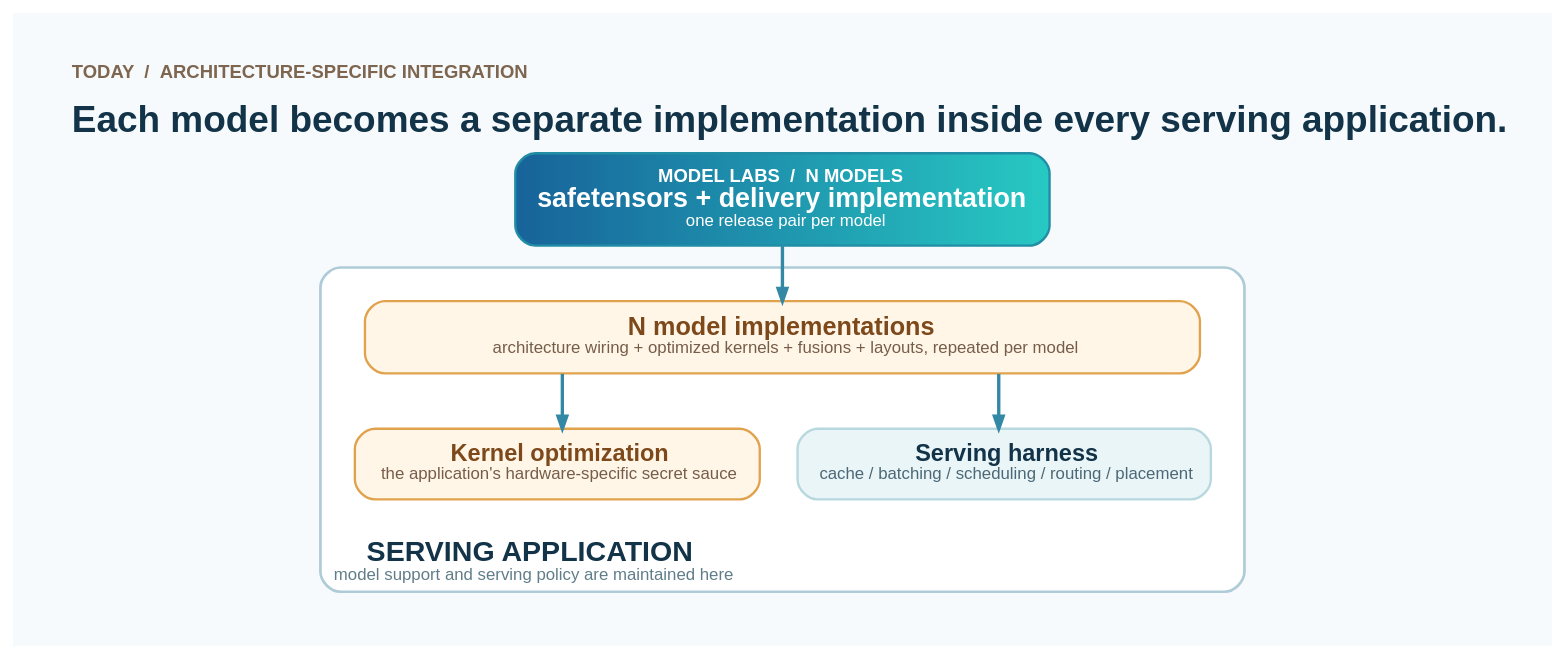
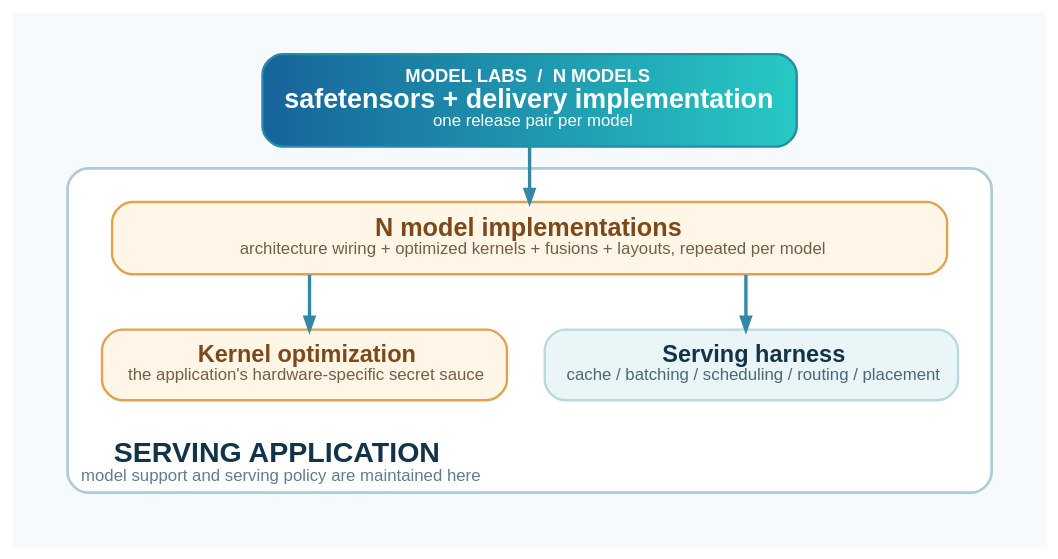
The diagram in docs/serving-today.dot (maneex/tensorspine), drawn with Graphviz before and after one commit. The commit also changed 4 other files, not shown here.

```diff
--- a/docs/serving-today.dot
+++ b/docs/serving-today.dot
@@ -1,86 +1,78 @@
 // Render with: dot -Tsvg docs/serving-today.dot -o docs/serving-today.svg
 digraph serving_today {
   graph [
     rankdir=TB,
     bgcolor="#F6FAFC",
     pad="0.34",
     nodesep="0.30",
     ranksep="0.46",
     splines=ortho,
     compound=true,
-    fontname="Arial",
-    fontcolor="#123348",
-    labeljust=l,
-    labelloc=t,
-    label=<<TABLE BORDER="0" CELLBORDER="0" CELLPADDING="0">
-      <TR><TD ALIGN="LEFT"><FONT COLOR="#7D654F" POINT-SIZE="11"><B>TODAY  /  ARCHITECTURE-SPECIFIC INTEGRATION</B></FONT></TD></TR>
-      <TR><TD HEIGHT="7"></TD></TR>
-      <TR><TD ALIGN="LEFT"><FONT COLOR="#123348" POINT-SIZE="22"><B>Each model becomes a separate implementation inside every serving application.</B></FONT></TD></TR>
-    </TABLE>>
+    fontname="Arial"
   ];
 
   node [
     shape=box,
     style="rounded,filled",
     fontname="Arial",
     color="#BFD3DE",
     fillcolor="#FFFFFF",
     fontcolor="#123348",
     penwidth=1.4,
     margin="0.18,0.13"
   ];
   edge [
     color="#3389A5",
     penwidth=2.0,
     arrowsize=0.75
   ];
 
   releases [
     color="#218EA5",
     fillcolor="#17639A:#27C9C3",
     gradientangle=0,
     fontcolor="#FFFFFF",
     label=<<FONT POINT-SIZE="11"><B>MODEL LABS  /  N MODELS</B></FONT><BR/><FONT POINT-SIZE="16"><B>safetensors + delivery implementation</B></FONT><BR/><FONT POINT-SIZE="10">one release pair per model</FONT>>
   ];
 
   subgraph cluster_application {
     graph [
       style="rounded,filled",
       color="#AFCBD7",
       fillcolor="#FFFFFF",
       penwidth=1.6,
       margin=20,
       labeljust=l,
       labelloc=b,
       label=<<FONT COLOR="#123348" POINT-SIZE="17"><B>SERVING APPLICATION</B></FONT><BR/><FONT COLOR="#607D89" POINT-SIZE="10">model support and serving policy are maintained here</FONT>>
     ];
 
     implementations [
       width=6.9,
       color="#E1A24D",
       fillcolor="#FFF6E8",
       label=<<FONT COLOR="#7D481A" POINT-SIZE="15"><B>N model implementations</B></FONT><BR/><FONT COLOR="#765D48" POINT-SIZE="10">architecture wiring + optimized kernels + fusions + layouts, repeated per model</FONT>>
     ];
 
     secret [
       width=3.35,
       color="#E1A24D",
       fillcolor="#FFF6E8",
       label=<<FONT COLOR="#7D481A" POINT-SIZE="14"><B>Kernel optimization</B></FONT><BR/><FONT COLOR="#765D48" POINT-SIZE="10">the application&#39;s hardware-specific secret sauce</FONT>>
     ];
 
     harness [
       width=3.35,
       color="#B8D8DF",
       fillcolor="#EAF5F8",
       label=<<FONT POINT-SIZE="14"><B>Serving harness</B></FONT><BR/><FONT COLOR="#4C6876" POINT-SIZE="10">cache / batching / scheduling / routing / placement</FONT>>
     ];
 
     { rank=same; secret; harness; }
     secret -> harness [style=invis, weight=20];
   }
 
   releases -> implementations;
   implementations -> secret;
   implementations -> harness;
 }
```
